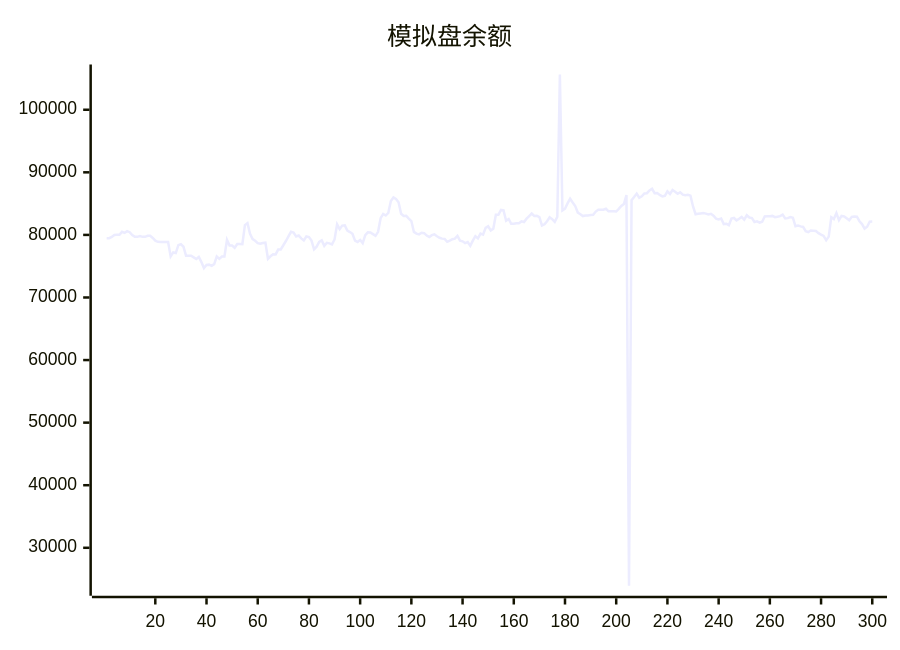
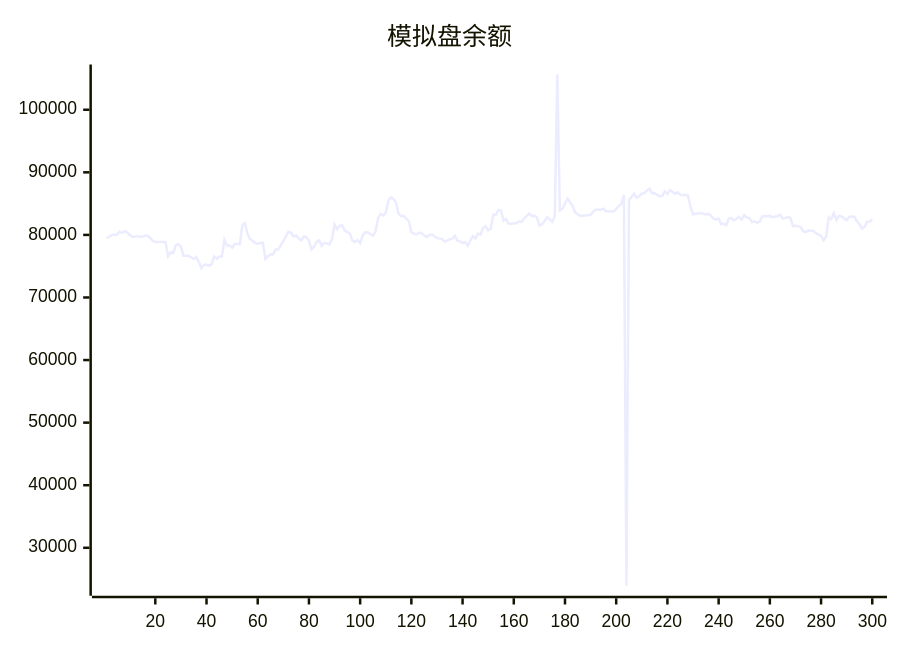
One commit to aahl/ai-trading changed the diagram in README.md. Above: the diagram before and after it, drawn with Mermaid. The commit also changed other lines of this file and 1 other file, not shown here.

````diff
--- a/README.md
+++ b/README.md
@@ -5,5 +5,5 @@
 ```mermaid
 xychart
     title "模拟盘余额"
-    line [79476,79469,79673,79995,80015,80015,80486,80314,80600,80436,79966,79689,79689,79819,79692,79692,79850,79850,79518,79071,78889,78850,78850,78878,78878,76554,77202,77103,78357,78510,78106,76678,76677,76672,76411,76159,76485,75656,74695,75197,75246,75052,75334,76564,76179,76553,76551,79196,78300,78300,77944,78531,78531,78521,81564,81884,80160,79335,79055,78675,78580,78708,78764,76179,76586,76902,76876,77658,77669,78346,79023,79769,80497,80366,79761,79896,79448,79126,79749,79658,79097,77695,78114,78888,79126,78249,78738,78653,78478,79271,81680,80923,81488,81527,80681,80455,80190,79084,78879,79193,78686,79954,80403,80374,80118,79848,80491,82665,83351,83098,83525,85430,85983,85737,85221,83378,83014,83043,82613,82216,80477,80208,80081,80348,80277,79894,79670,79965,80093,79786,79542,79406,79371,78893,79087,79304,79406,79841,79072,78978,78696,78846,78272,79085,79787,79442,80198,80031,81120,81379,80718,80985,83214,83212,83993,83921,82270,82547,81776,81776,81866,81866,82158,82061,82596,83000,83408,83041,83050,82858,81503,81691,82188,82812,82517,82092,82901,105633,83898,84180,85030,85781,85178,84604,83569,83298,83008,83093,83107,83175,83228,83729,84025,84017,84019,84177,83775,83762,83785,83738,84160,84639,84939,86370,23934,85548,86046,86599,85942,86161,86622,86664,87115,87369,86666,86685,86384,86152,86243,86969,86548,87164,86885,86566,86809,86427,86348,86417,86273,84538,83299,83369,83430,83490,83404,83270,83362,83056,82605,82459,82614,81734,81788,81551,82598,82702,82320,82580,82878,82426,83139,82778,82686,82056,82166,81963,82110,82951,82983,82984,83038,82838,82915,82998,83235,82642,82682,82858,82746,81396,81512,81362,81277,80600,80461,80699,80673,80616,80288,80038,79836,79142,79722,82837,82533,83480,82366,83032,82960,82654,82330,82883,82934,82901,82188,81728,81005,81298,82110,82135]
+    line [79469,79673,79995,80015,80015,80486,80314,80600,80436,79966,79689,79689,79819,79692,79692,79850,79850,79518,79071,78889,78850,78850,78878,78878,76554,77202,77103,78357,78510,78106,76678,76677,76672,76411,76159,76485,75656,74695,75197,75246,75052,75334,76564,76179,76553,76551,79196,78300,78300,77944,78531,78531,78521,81564,81884,80160,79335,79055,78675,78580,78708,78764,76179,76586,76902,76876,77658,77669,78346,79023,79769,80497,80366,79761,79896,79448,79126,79749,79658,79097,77695,78114,78888,79126,78249,78738,78653,78478,79271,81680,80923,81488,81527,80681,80455,80190,79084,78879,79193,78686,79954,80403,80374,80118,79848,80491,82665,83351,83098,83525,85430,85983,85737,85221,83378,83014,83043,82613,82216,80477,80208,80081,80348,80277,79894,79670,79965,80093,79786,79542,79406,79371,78893,79087,79304,79406,79841,79072,78978,78696,78846,78272,79085,79787,79442,80198,80031,81120,81379,80718,80985,83214,83212,83993,83921,82270,82547,81776,81776,81866,81866,82158,82061,82596,83000,83408,83041,83050,82858,81503,81691,82188,82812,82517,82092,82901,105633,83898,84180,85030,85781,85178,84604,83569,83298,83008,83093,83107,83175,83228,83729,84025,84017,84019,84177,83775,83762,83785,83738,84160,84639,84939,86370,23934,85548,86046,86599,85942,86161,86622,86664,87115,87369,86666,86685,86384,86152,86243,86969,86548,87164,86885,86566,86809,86427,86348,86417,86273,84538,83299,83369,83430,83490,83404,83270,83362,83056,82605,82459,82614,81734,81788,81551,82598,82702,82320,82580,82878,82426,83139,82778,82686,82056,82166,81963,82110,82951,82983,82984,83038,82838,82915,82998,83235,82642,82682,82858,82746,81396,81512,81362,81277,80600,80461,80699,80673,80616,80288,80038,79836,79142,79722,82837,82533,83480,82366,83032,82960,82654,82330,82883,82934,82901,82188,81728,81005,81298,82110,82135,82449]
 ```
````
